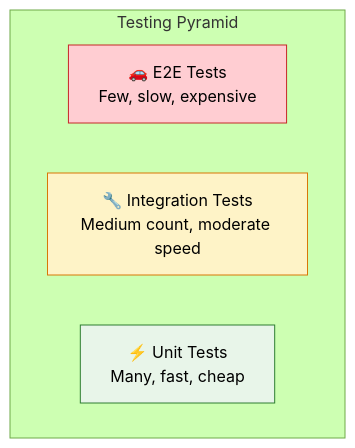
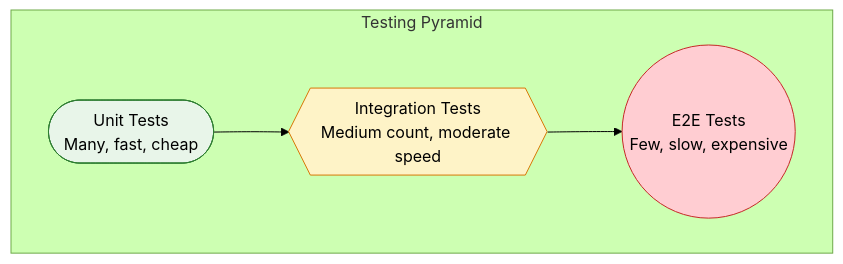
Before and after one commit to saivamsikaruturi/vamsilabs-dev-notes-main: the first of 2 diagrams in docs/springboot/testing.md, drawn with Mermaid (forest theme). The commit also changed other lines of this file and 146 other files, not shown here.

Commit message:
Horizontal diagrams, UML class diagrams, typography overhaul, and permalink cleanup

````diff
--- a/docs/springboot/testing.md
+++ b/docs/springboot/testing.md
@@ -10,12 +13,11 @@
 ```mermaid
-flowchart TD
+flowchart LR
     subgraph Pyramid["Testing Pyramid"]
-        E2E["🚗 E2E Tests<br/>Few, slow, expensive"]
-        INT["🔧 Integration Tests<br/>Medium count, moderate speed"]
-        UNIT["⚡ Unit Tests<br/>Many, fast, cheap"]
+        direction LR
+        UNIT(["Unit Tests<br/>Many, fast, cheap"]) --> INT{{"Integration Tests<br/>Medium count, moderate speed"}} --> E2E(("E2E Tests<br/>Few, slow, expensive"))
     end
 
     style E2E fill:#FFCDD2,stroke:#C62828,color:#000
     style INT fill:#FEF3C7,stroke:#D97706,color:#000
     style UNIT fill:#E8F5E9,stroke:#2E7D32,color:#000
 ```
````
